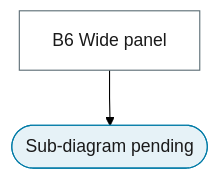
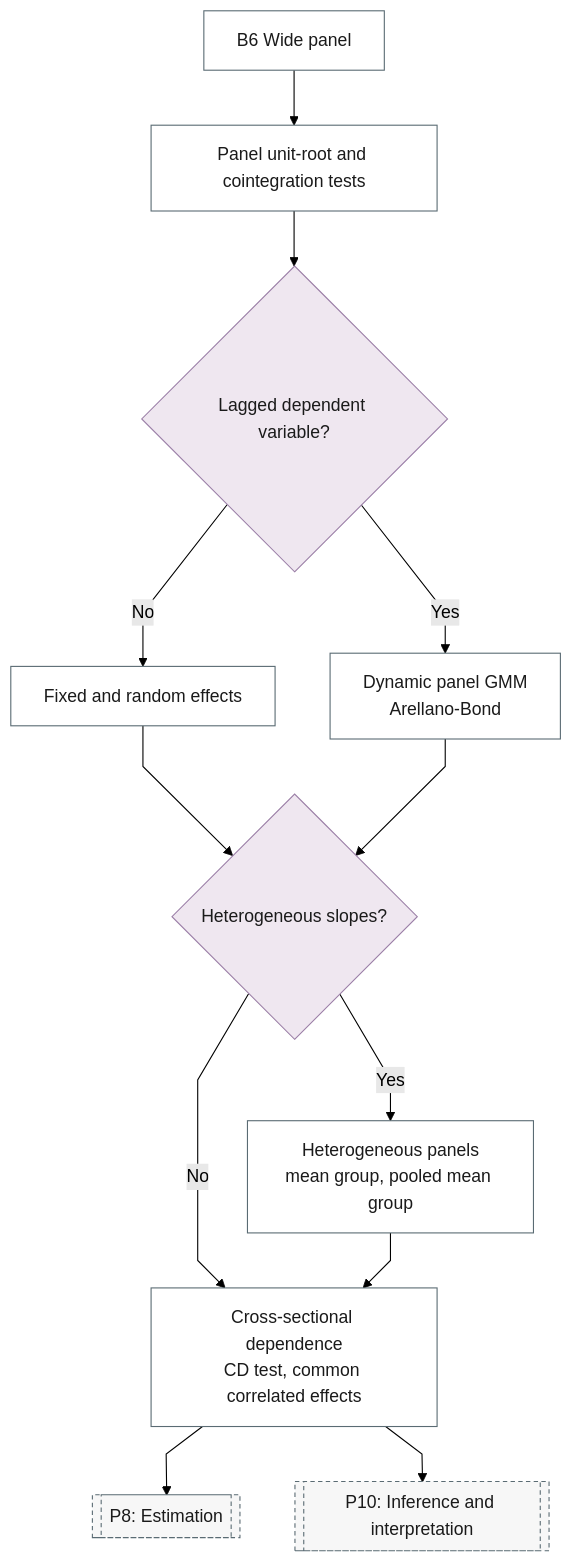
One commit to Shuxin-Y/time-series-analysis-manual changed the diagram in docs/reference/32-panel-time-series/index.md. Above: the diagram before and after it, drawn with Mermaid (forest theme). The commit also changed other lines of this file and 11 other files, not shown here.

First line of the commit message:
feat(flowchart): branch sub-diagrams B1 to B7

````diff
--- a/docs/reference/32-panel-time-series/index.md
+++ b/docs/reference/32-panel-time-series/index.md
@@ -7,15 +7,25 @@
 ```mermaid
 %%{init: {"flowchart": {"curve": "linear"}}}%%
 graph TD
-    B6["B6 Wide panel"] --> B6_PENDING(["Sub-diagram pending"])
-    class B6 process
-    class B6_PENDING terminator
+    B6["B6 Wide panel"] --> B6_PANEL_UNIT_ROOT["Panel unit-root and cointegration tests"]
+    B6_PANEL_UNIT_ROOT --> B6_DYNAMIC{"Lagged dependent variable?"}
+    B6_DYNAMIC -->|"No"| B6_STATIC_PANEL["Fixed and random effects"]
+    B6_DYNAMIC -->|"Yes"| B6_DYNAMIC_PANEL["Dynamic panel GMM<br/>Arellano-Bond"]
+    B6_STATIC_PANEL & B6_DYNAMIC_PANEL --> B6_HETERO{"Heterogeneous slopes?"}
+    B6_HETERO -->|"Yes"| B6_HETEROGENEOUS["Heterogeneous panels<br/>mean group, pooled mean group"]
+    B6_HETERO -->|"No"| B6_CROSS_SECTION_DEPENDENCE
+    B6_HETEROGENEOUS --> B6_CROSS_SECTION_DEPENDENCE["Cross-sectional dependence<br/>CD test, common correlated effects"]
+    B6_CROSS_SECTION_DEPENDENCE --> P8[["P8: Estimation"]]
+    B6_CROSS_SECTION_DEPENDENCE --> P10[["P10: Inference and interpretation"]]
+    class B6_DYNAMIC,B6_HETERO decision
+    class B6,B6_PANEL_UNIT_ROOT,B6_STATIC_PANEL,B6_DYNAMIC_PANEL,B6_HETEROGENEOUS,B6_CROSS_SECTION_DEPENDENCE process
+    class P8,P10 ref
     classDef terminator fill:#E6F2F7,stroke:#007BA7,color:#1A1A1A;
     classDef process fill:#FFFFFF,stroke:#5A6B73,color:#1A1A1A;
     classDef decision fill:#EFE7F0,stroke:#9B7FA7,color:#1A1A1A;
     classDef data fill:#FFF4E0,stroke:#C9A55E,color:#1A1A1A;
     classDef good fill:#DCEFD8,stroke:#4A7A3F,color:#1A1A1A;
     classDef escalate fill:#FFE9C2,stroke:#C9A55E,color:#1A1A1A;
     classDef problem fill:#F2D9DE,stroke:#800020,color:#1A1A1A;
     classDef ref fill:#F7F7F7,stroke:#5A6B73,color:#1A1A1A,stroke-dasharray:4 3;
 ```
````
